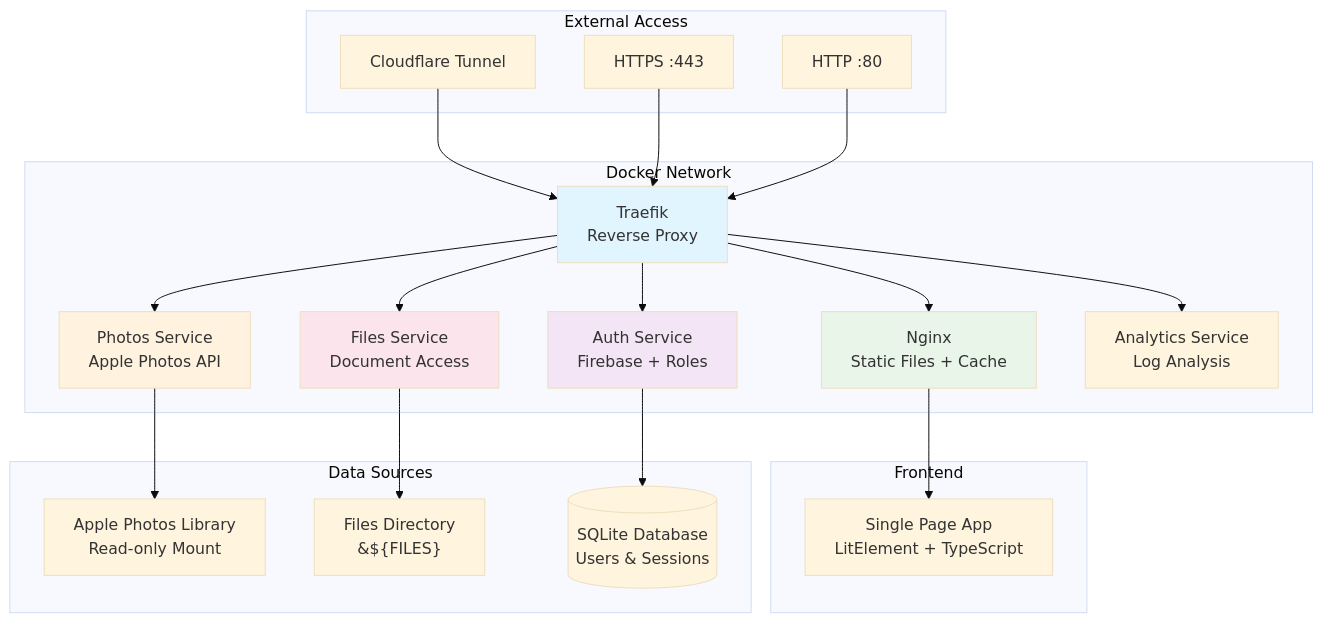
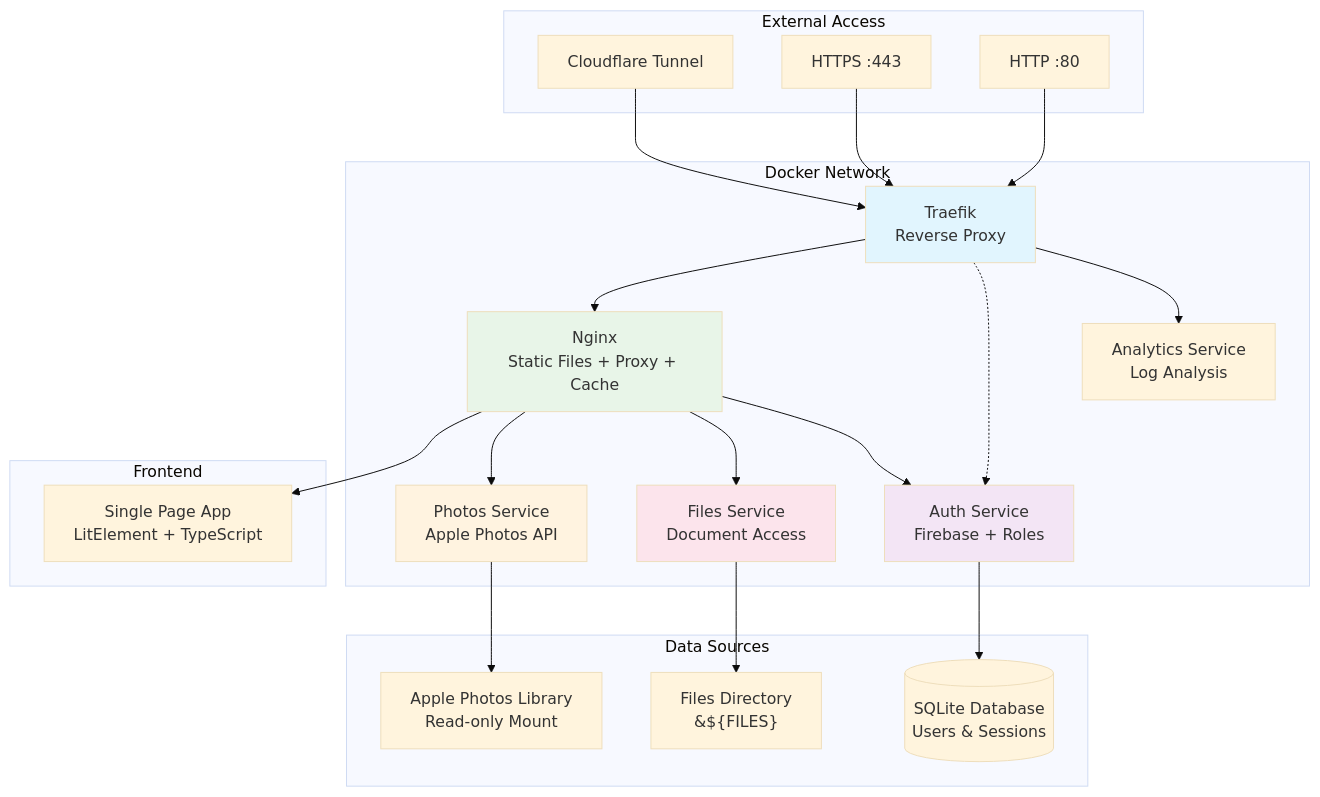
One commit to iot49/photo-web changed the first of 3 diagrams in projectBrief.md. Above: the diagram before and after it, drawn with Mermaid (base theme). The commit also changed other lines of this file, not shown here.

Commit message:
add diagrams

````diff
--- a/projectBrief.md
+++ b/projectBrief.md
@@ -22,48 +22,50 @@
 ```mermaid
 graph TB
     subgraph "External Access"
         CF[Cloudflare Tunnel]
         HTTPS[HTTPS :443]
         HTTP[HTTP :80]
     end
     
     subgraph "Docker Network"
         T[Traefik<br/>Reverse Proxy]
         A[Auth Service<br/>Firebase + Roles]
-        N[Nginx<br/>Static Files + Cache]
+        N[Nginx<br/>Static Files + Proxy + Cache]
         P[Photos Service<br/>Apple Photos API]
         F[Files Service<br/>Document Access]
         AN[Analytics Service<br/>Log Analysis]
     end
     
     subgraph "Frontend"
         SPA[Single Page App<br/>LitElement + TypeScript]
     end
     
     subgraph "Data Sources"
         APL[Apple Photos Library<br/>Read-only Mount]
         FD["Files Directory<br/>&#36;{FILES}"]
         DB[("SQLite Database<br/>Users & Sessions")]
     end
     
     CF --> T
     HTTPS --> T
     HTTP --> T
     
-    T --> A
     T --> N
-    T --> P
-    T --> F
+    T -.-> A
     T --> AN
     
     N --> SPA
+    N --> P
+    N --> F
+    N --> A
+    
     A --> DB
     P --> APL
     F --> FD
     
     style T fill:#e1f5fe
     style A fill:#f3e5f5
     style N fill:#e8f5e8
     style P fill:#fff3e0
     style F fill:#fce4ec
 ```
````
